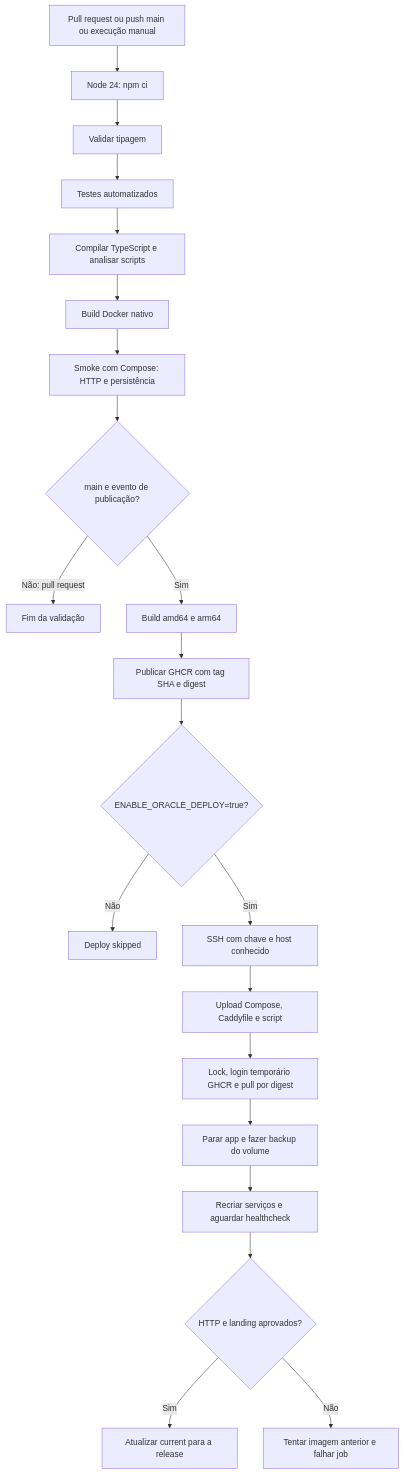
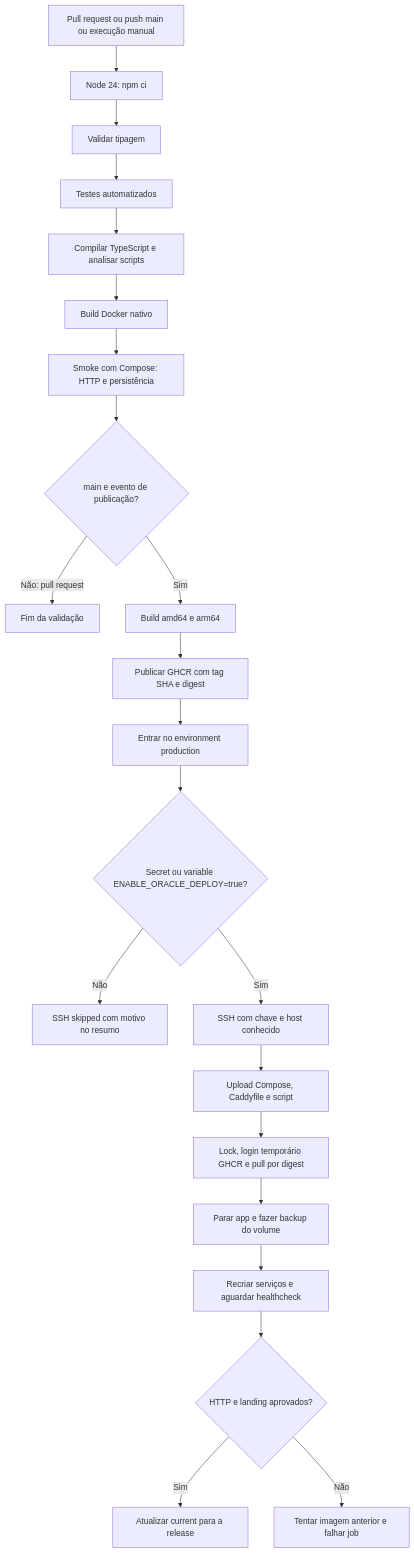
The first of 2 diagrams in docs/ARCHITECTURE.md (douglasfdev/bible_dialy_events), drawn with Mermaid before and after one commit. The commit also changed 5 other files, not shown here.

Commit message:
fix: resolve Oracle deployment secret inside production environment

````diff
--- a/docs/ARCHITECTURE.md
+++ b/docs/ARCHITECTURE.md
@@ -7,23 +7,24 @@
 ```mermaid
 flowchart TD
     A[Pull request ou push main ou execução manual] --> B[Node 24: npm ci]
     B --> C[Validar tipagem]
     C --> D[Testes automatizados]
     D --> E[Compilar TypeScript e analisar scripts]
     E --> F[Build Docker nativo]
     F --> G[Smoke com Compose: HTTP e persistência]
     G --> H{main e evento de publicação?}
     H -->|Não: pull request| I[Fim da validação]
     H -->|Sim| J[Build amd64 e arm64]
     J --> K[Publicar GHCR com tag SHA e digest]
-    K --> L{ENABLE_ORACLE_DEPLOY=true?}
-    L -->|Não| M[Deploy skipped]
+    K --> ENV[Entrar no environment production]
+    ENV --> L{Secret ou variable ENABLE_ORACLE_DEPLOY=true?}
+    L -->|Não| M[SSH skipped com motivo no resumo]
     L -->|Sim| N[SSH com chave e host conhecido]
     N --> O[Upload Compose, Caddyfile e script]
     O --> P[Lock, login temporário GHCR e pull por digest]
     P --> Q[Parar app e fazer backup do volume]
     Q --> R[Recriar serviços e aguardar healthcheck]
     R --> S{HTTP e landing aprovados?}
     S -->|Sim| T[Atualizar current para a release]
     S -->|Não| U[Tentar imagem anterior e falhar job]
 ```
````
